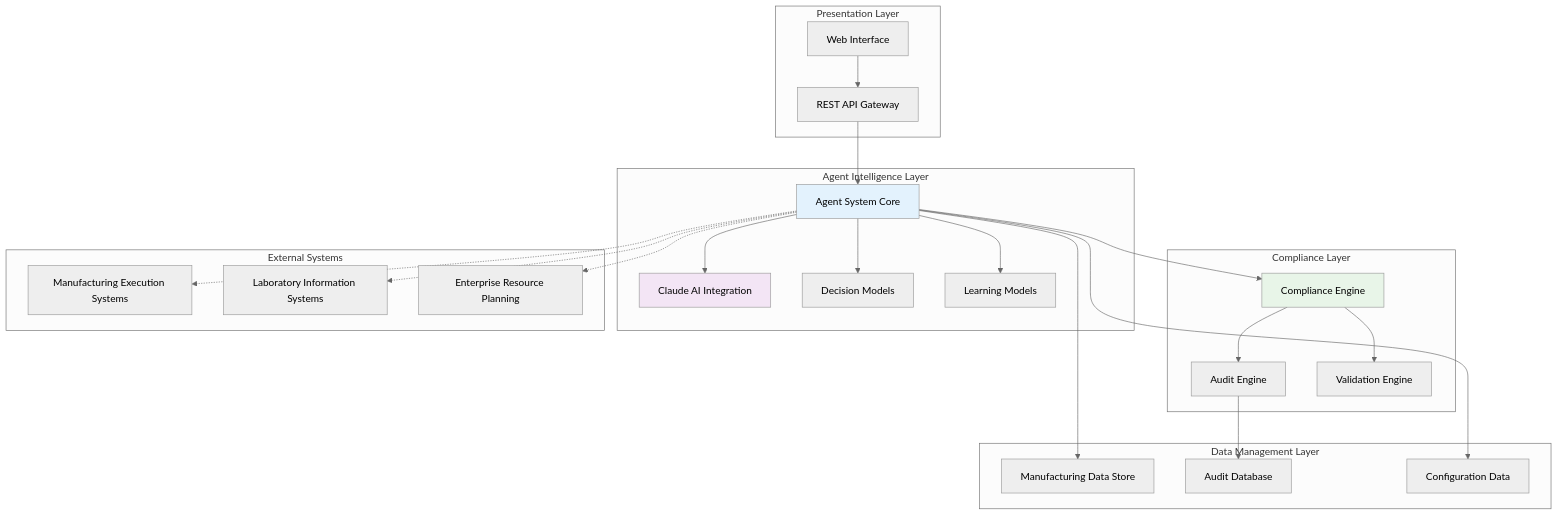
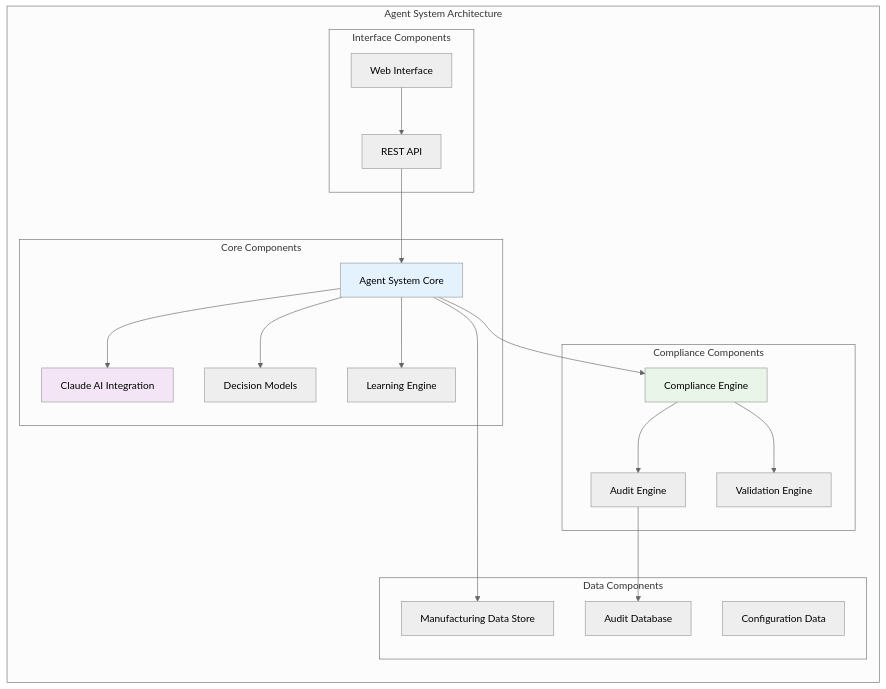
The fourth of 5 diagrams in README.md (schmeckm/Business_aI_Agent_Pharma_MVP_1.0), drawn with Mermaid (neutral theme) before and after one commit. The commit also changed other lines of this file, not shown here.

````diff
--- a/README.md
+++ b/README.md
@@ -256,52 +253,45 @@
 ```mermaid
 graph TB
-    subgraph "Presentation Layer"
-        UI[Web Interface]
-        API[REST API Gateway]
-    end
-    
-    subgraph "Agent Intelligence Layer"
-        AS[Agent System Core]
-        CA[Claude AI Integration]
-        DM[Decision Models]
-        LM[Learning Models]
-    end
-    
-    subgraph "Data Management Layer"
-        MD[Manufacturing Data Store]
-        AD[Audit Database]
-        CD[Configuration Data]
-    end
-    
-    subgraph "Compliance Layer"
-        CE[Compliance Engine]
-        AE[Audit Engine]
-        VE[Validation Engine]
-    end
-    
-    subgraph "External Systems"
-        MES[Manufacturing Execution Systems]
-        LIMS[Laboratory Information Systems]
-        ERP[Enterprise Resource Planning]
+    subgraph "Agent System Architecture"
+        direction TB
+        
+        subgraph "Core Components"
+            AS[Agent System Core]
+            CA[Claude AI Integration]
+            DM[Decision Models]
+            LE[Learning Engine]
+        end
+        
+        subgraph "Data Components"
+            MD[Manufacturing Data Store]
+            AD[Audit Database]
+            CD[Configuration Data]
+        end
+        
+        subgraph "Compliance Components"
+            CE[Compliance Engine]
+            AE[Audit Engine]
+            VE[Validation Engine]
+        end
+        
+        subgraph "Interface Components"
+            UI[Web Interface]
+            API[REST API]
+        end
     end
     
     UI --> API
     API --> AS
     AS --> CA
     AS --> DM
-    AS --> LM
+    AS --> LE
     AS --> MD
     AS --> CE
     CE --> AE
     CE --> VE
     AE --> AD
-    AS --> CD
-    
-    AS -.-> MES
-    AS -.-> LIMS
-    AS -.-> ERP
     
     style AS fill:#e3f2fd
     style CE fill:#e8f5e8
     style CA fill:#f3e5f5
 ```
````
